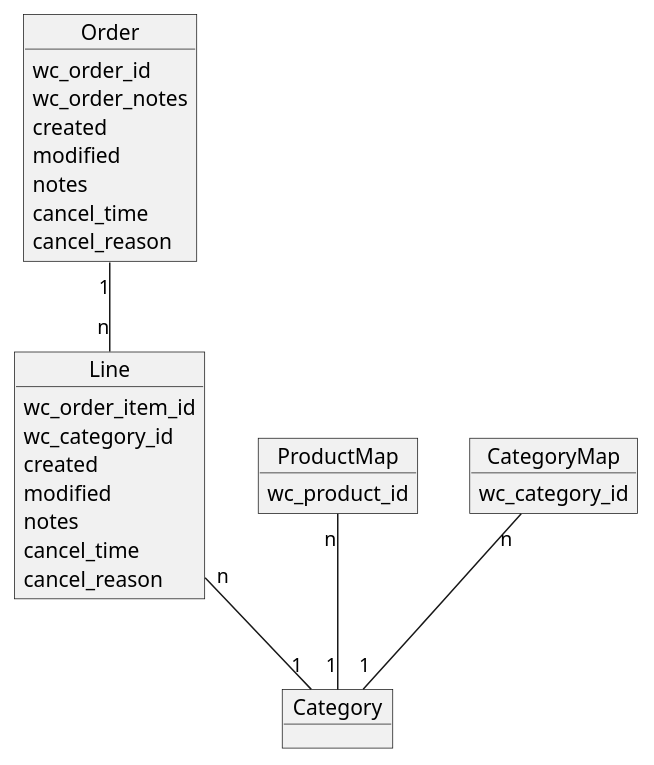
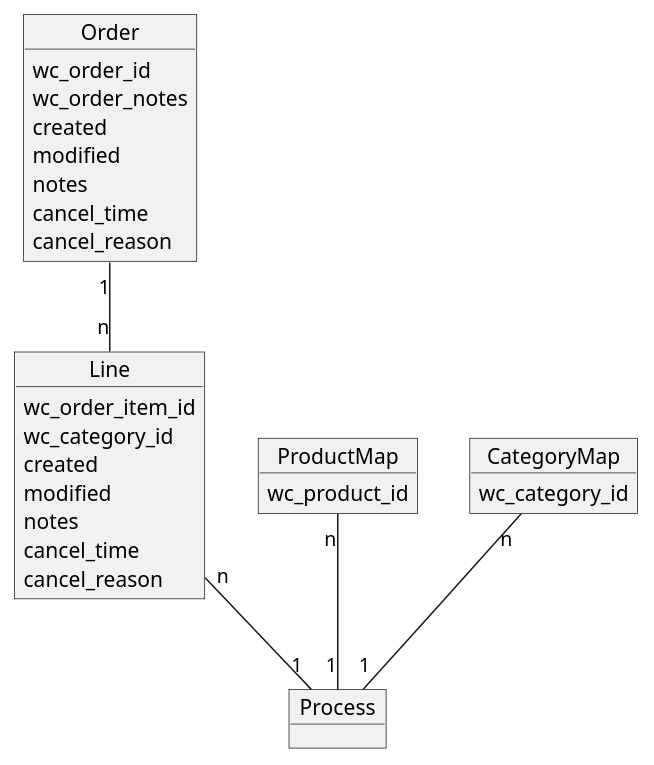
The diagram in deps/iris_wc/docs/application.plantuml (iriswm/iris), drawn with PlantUML before and after one commit. The commit also changed 4 other files, not shown here.

Commit message:
Apply changes to iris_wc app docs, source and models and enable it again

```diff
--- a/deps/iris_wc/docs/application.plantuml
+++ b/deps/iris_wc/docs/application.plantuml
@@ -1,71 +1,72 @@
 @startuml
 
 /'
 
 When an order is completed (or reaches a configured completion state) in a
 WooCommerce site, a plugin notifies the Iris site with the order details. This
 details are stored in the models `Order` and `Line`. Both models keep the
 corresponding Wordpress ids. Orders will keep a copy of the order notes in
 WooCommerce. Lines will also keep an identifier for the WooCommerce category.
 
 '/
 
 object Order
 object Line
 
 Order "1" -- "n" Line
 
 Order : wc_order_id
 Order : wc_order_notes
 
 Line : wc_order_item_id
 Line : wc_category_id
 
 /'
 
 Both models support Iris timestamps, notes and cancelations.
 
 The WooCommerce plugin will keep the notes updated.
 
 Cancelation of orders in the WooCommerce site will be notified by the plugin.
 Deletion of orders or lines will be notified to Iris as cancelations with a
 custom text like "Deleted in WooCommerce.".
 
 '/
 
 Order : created
 Order : modified
 Order : notes
 Order : cancel_time
 Order : cancel_reason
 Line : created
 Line : modified
 Line : notes
 Line : cancel_time
 Line : cancel_reason
 
 /'
 
-Two models will keep maps between WooCommerce IDs and Iris categories. One for
+Two models will keep maps between WooCommerce IDs and Iris processes. One for
 individual WooCommerce products and another for the WooCommerce categories.
 
 When a new order is notified to Iris, each line will be inspected to find the
-Iris internal category with the set of associated tasks. First, the product ID
-maps will be checked, and then the category maps. Proper works will be created
-in Iris to represent them using this maps.
+Iris internal process with the set of associated steps. First, the product ID
+maps will be checked, and then the category maps. Proper items will be created
+in Iris to represent them using this maps and the line will also store the
+located process reference.
 
 '/
 
 object ProductMap
 object CategoryMap
-object Category
+object Process
 
-Line "n" -- "1" Category
+Line "n" -- "1" Process
 
 ProductMap : wc_product_id
-ProductMap "n" -- "1" Category
+ProductMap "n" -- "1" Process
 
 CategoryMap : wc_category_id
-CategoryMap "n" -- "1" Category
+CategoryMap "n" -- "1" Process
 
 @enduml
```
